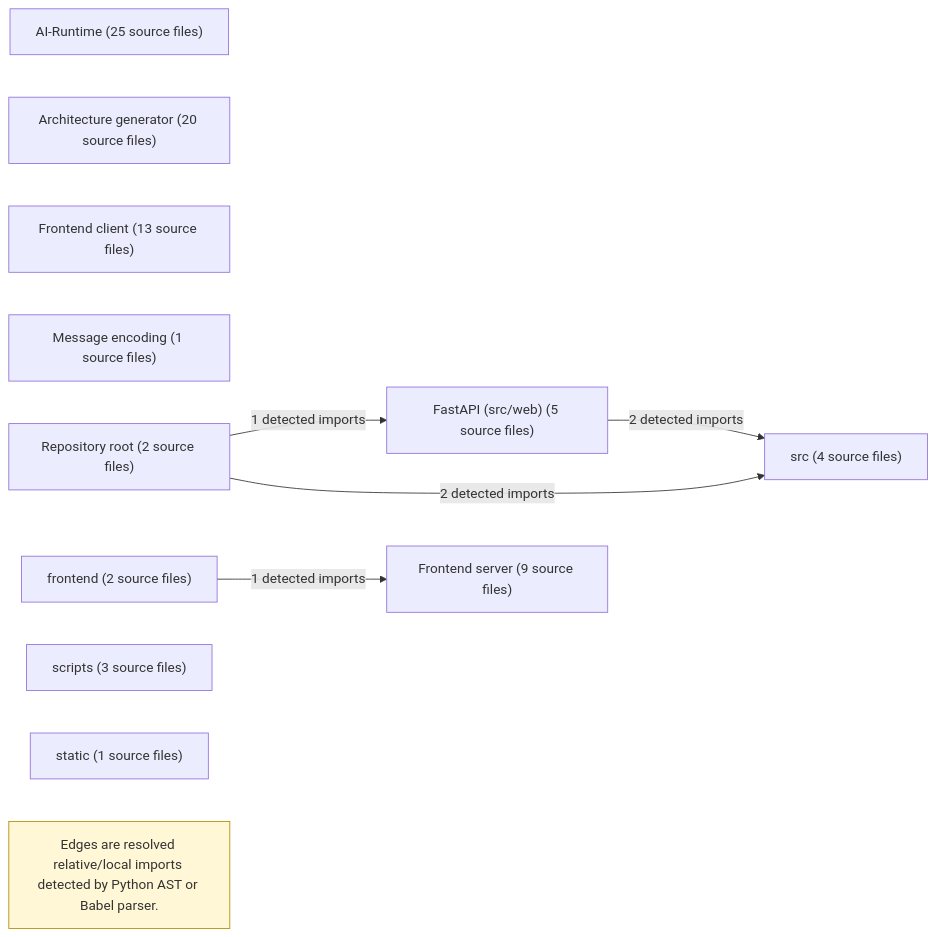
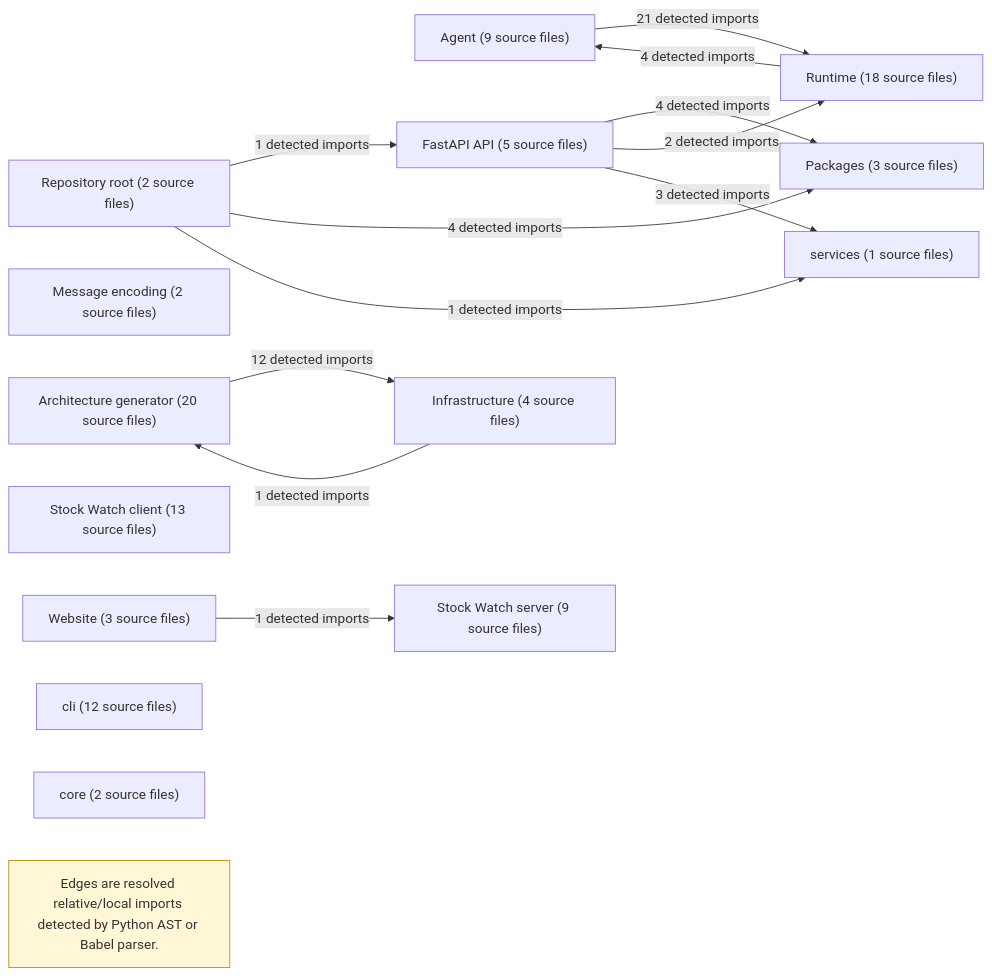
One commit to TheWildKaden/ArdvarkFood changed the diagram in docs/architecture/modules.mmd. Above: the diagram before and after it, drawn with Mermaid. The commit also changed 262 other files, not shown here.

```diff
--- a/docs/architecture/modules.mmd
+++ b/docs/architecture/modules.mmd
@@ -1,19 +1,29 @@
 flowchart LR
-  AI_Runtime["AI-Runtime (25 source files)"]
+  Agent["Agent (9 source files)"]
   Architecture_generator["Architecture generator (20 source files)"]
-  FastAPI__src_web_["FastAPI (src/web) (5 source files)"]
-  Frontend_client["Frontend client (13 source files)"]
-  Frontend_server["Frontend server (9 source files)"]
-  Message_encoding["Message encoding (1 source files)"]
+  FastAPI_API["FastAPI API (5 source files)"]
+  Infrastructure["Infrastructure (4 source files)"]
+  Message_encoding["Message encoding (2 source files)"]
+  Packages["Packages (3 source files)"]
   Repository_root["Repository root (2 source files)"]
-  frontend["frontend (2 source files)"]
-  scripts["scripts (3 source files)"]
-  src["src (4 source files)"]
-  static["static (1 source files)"]
-  FastAPI__src_web_ -->|"2 detected imports"| src
-  Repository_root -->|"1 detected imports"| FastAPI__src_web_
-  Repository_root -->|"2 detected imports"| src
-  frontend -->|"1 detected imports"| Frontend_server
+  Runtime["Runtime (18 source files)"]
+  Stock_Watch_client["Stock Watch client (13 source files)"]
+  Stock_Watch_server["Stock Watch server (9 source files)"]
+  Website["Website (3 source files)"]
+  cli["cli (12 source files)"]
+  core["core (2 source files)"]
+  services["services (1 source files)"]
+  Agent -->|"21 detected imports"| Runtime
+  Architecture_generator -->|"12 detected imports"| Infrastructure
+  FastAPI_API -->|"4 detected imports"| Packages
+  FastAPI_API -->|"2 detected imports"| Runtime
+  FastAPI_API -->|"3 detected imports"| services
+  Infrastructure -->|"1 detected imports"| Architecture_generator
+  Repository_root -->|"1 detected imports"| FastAPI_API
+  Repository_root -->|"4 detected imports"| Packages
+  Repository_root -->|"1 detected imports"| services
+  Runtime -->|"4 detected imports"| Agent
+  Website -->|"1 detected imports"| Stock_Watch_server
   analysis_note_0["Edges are resolved relative/local imports detected by Python AST or Babel parser."]
   class analysis_note_0 note
   classDef note fill:#fff7d6,stroke:#b38b00,color:#333
```
